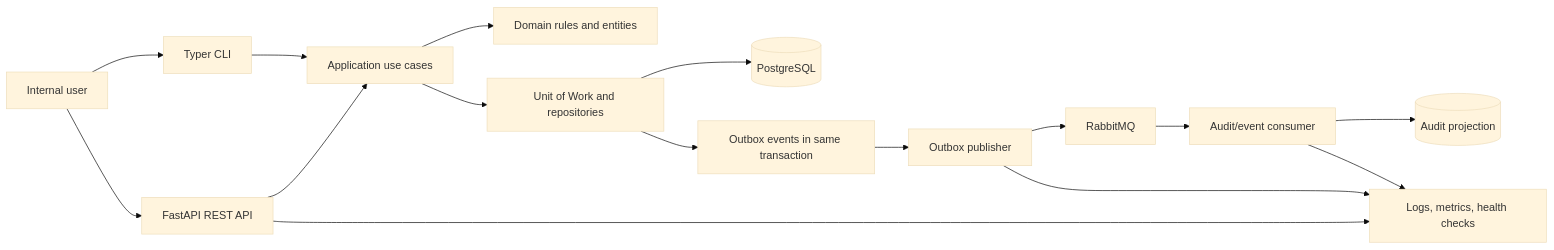
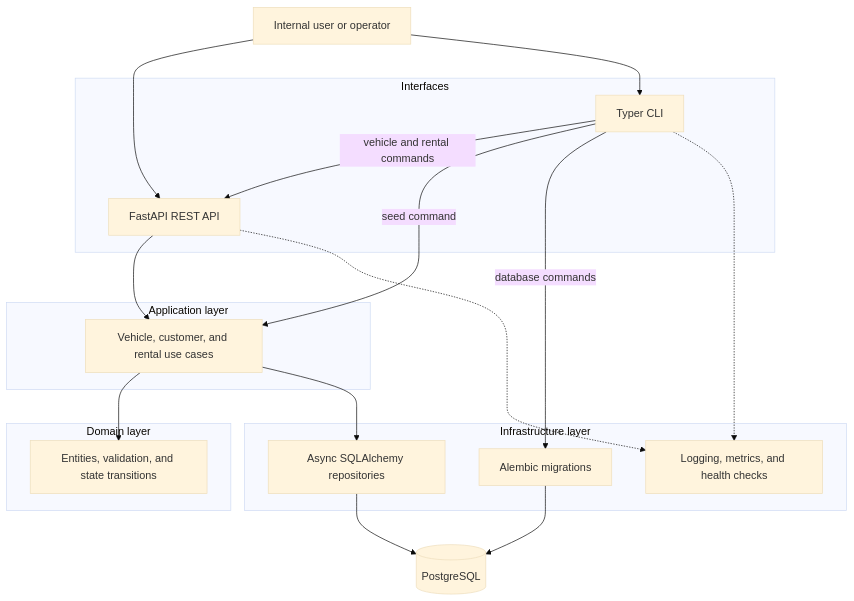
The diagram in README.md (jibarlia/vehicle-rental-core), drawn with Mermaid (base theme) before and after one commit. The commit also changed other lines of this file, not shown here.

````diff
--- a/README.md
+++ b/README.md
@@ -7,22 +122,38 @@
 ```mermaid
-flowchart LR
-    User["Internal user"] --> API["FastAPI REST API"]
-    User --> CLI["Typer CLI"]
+flowchart TB
+    User["Internal user or operator"]
 
-    API --> App["Application use cases"]
-    CLI --> App
+    subgraph Interfaces["Interfaces"]
+        API["FastAPI REST API"]
+        CLI["Typer CLI"]
+    end
 
-    App --> Domain["Domain rules and entities"]
-    App --> UOW["Unit of Work and repositories"]
-    UOW --> DB[("PostgreSQL")]
+    subgraph Application["Application layer"]
+        Services["Vehicle, customer, and rental use cases"]
+    end
 
-    UOW --> Outbox["Outbox events in same transaction"]
-    Outbox --> Relay["Outbox publisher"]
-    Relay --> MQ["RabbitMQ"]
-    MQ --> Consumer["Audit/event consumer"]
-    Consumer --> Audit[("Audit projection")]
+    subgraph Domain["Domain layer"]
+        Rules["Entities, validation, and state transitions"]
+    end
 
-    API --> Obs["Logs, metrics, health checks"]
-    Relay --> Obs
-    Consumer --> Obs
+    subgraph Infrastructure["Infrastructure layer"]
+        Repositories["Async SQLAlchemy repositories"]
+        Migrations["Alembic migrations"]
+        Observability["Logging, metrics, and health checks"]
+    end
+
+    Database[("PostgreSQL")]
+
+    User --> API
+    User --> CLI
+    CLI -->|"vehicle and rental commands"| API
+    API --> Services
+    CLI -->|"seed command"| Services
+    Services --> Rules
+    Services --> Repositories
+    Repositories --> Database
+    CLI -->|"database commands"| Migrations
+    Migrations --> Database
+    API -.-> Observability
+    CLI -.-> Observability
 ```
````
